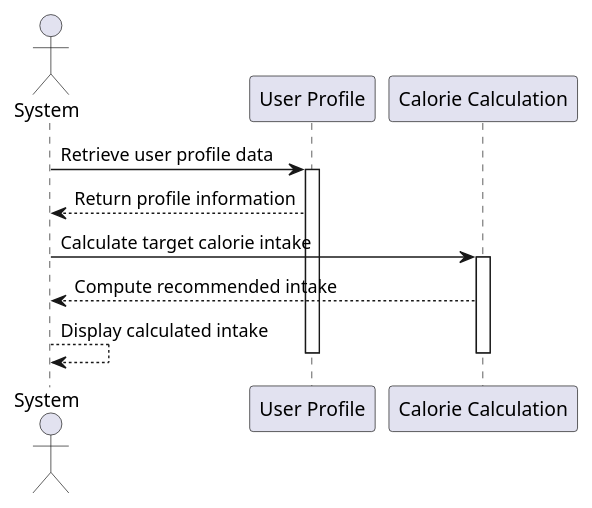
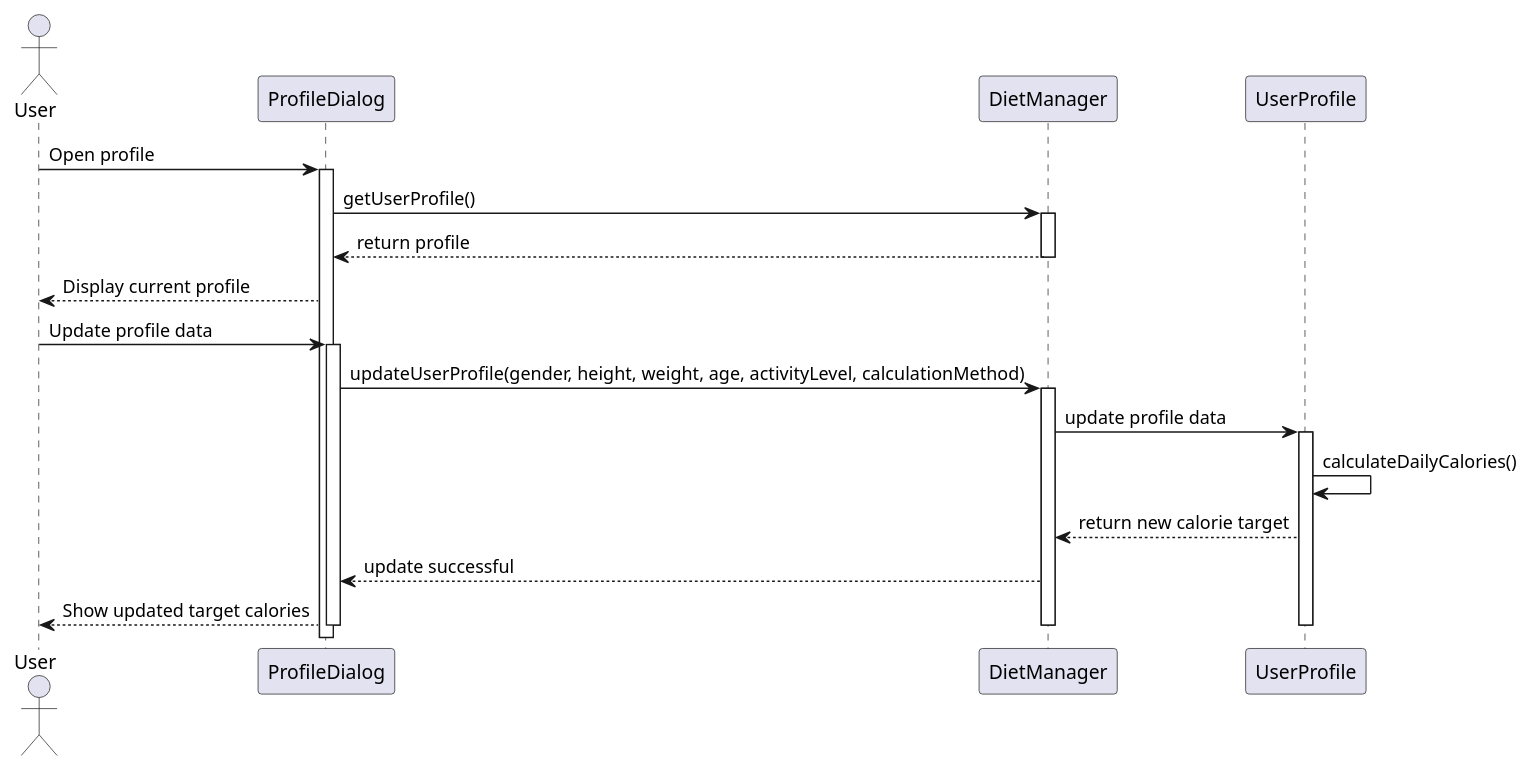
Before and after one commit to Kriti1908/Diet-Manager: the diagram in seq4.puml, drawn with PlantUML. The commit also changed 11 other files, not shown here.

Commit message:
updated diagrams

```diff
--- a/seq4.puml
+++ b/seq4.puml
@@ -1,18 +1,36 @@
 @startuml uc8
-actor System
-participant "User Profile" as Profile
-participant "Calorie Calculation" as Calculator
+actor User
+participant "ProfileDialog" as PD
+participant "DietManager" as DM
+participant "UserProfile" as UP
 
-System -> Profile : Retrieve user profile data
-activate Profile
+User -> PD : Open profile
+activate PD
 
-Profile --> System : Return profile information
-System -> Calculator : Calculate target calorie intake
-activate Calculator
+PD -> DM : getUserProfile()
+activate DM
+DM --> PD : return profile
+deactivate DM
 
-Calculator --> System : Compute recommended intake
-System --> System : Display calculated intake
-deactivate Calculator
-deactivate Profile
+PD --> User : Display current profile
+
+User -> PD : Update profile data
+activate PD
+
+PD -> DM : updateUserProfile(gender, height, weight, age, activityLevel, calculationMethod)
+activate DM
+
+DM -> UP : update profile data
+activate UP
+
+UP -> UP : calculateDailyCalories()
+UP --> DM : return new calorie target
+
+DM --> PD : update successful
+PD --> User : Show updated target calories
+
+deactivate UP
+deactivate DM
+deactivate PD
 
 @enduml
```
